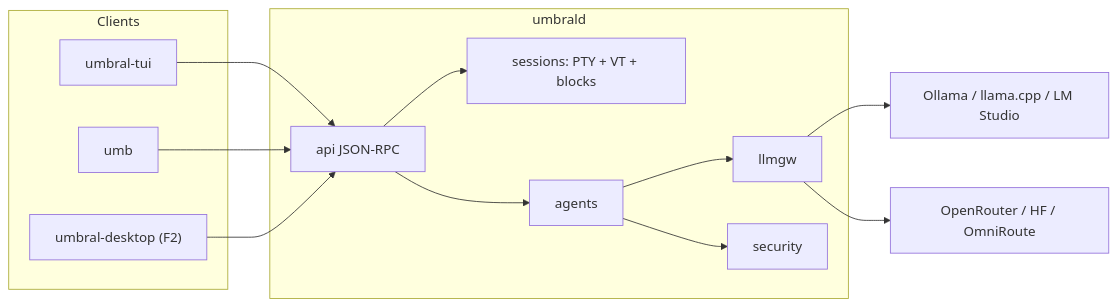
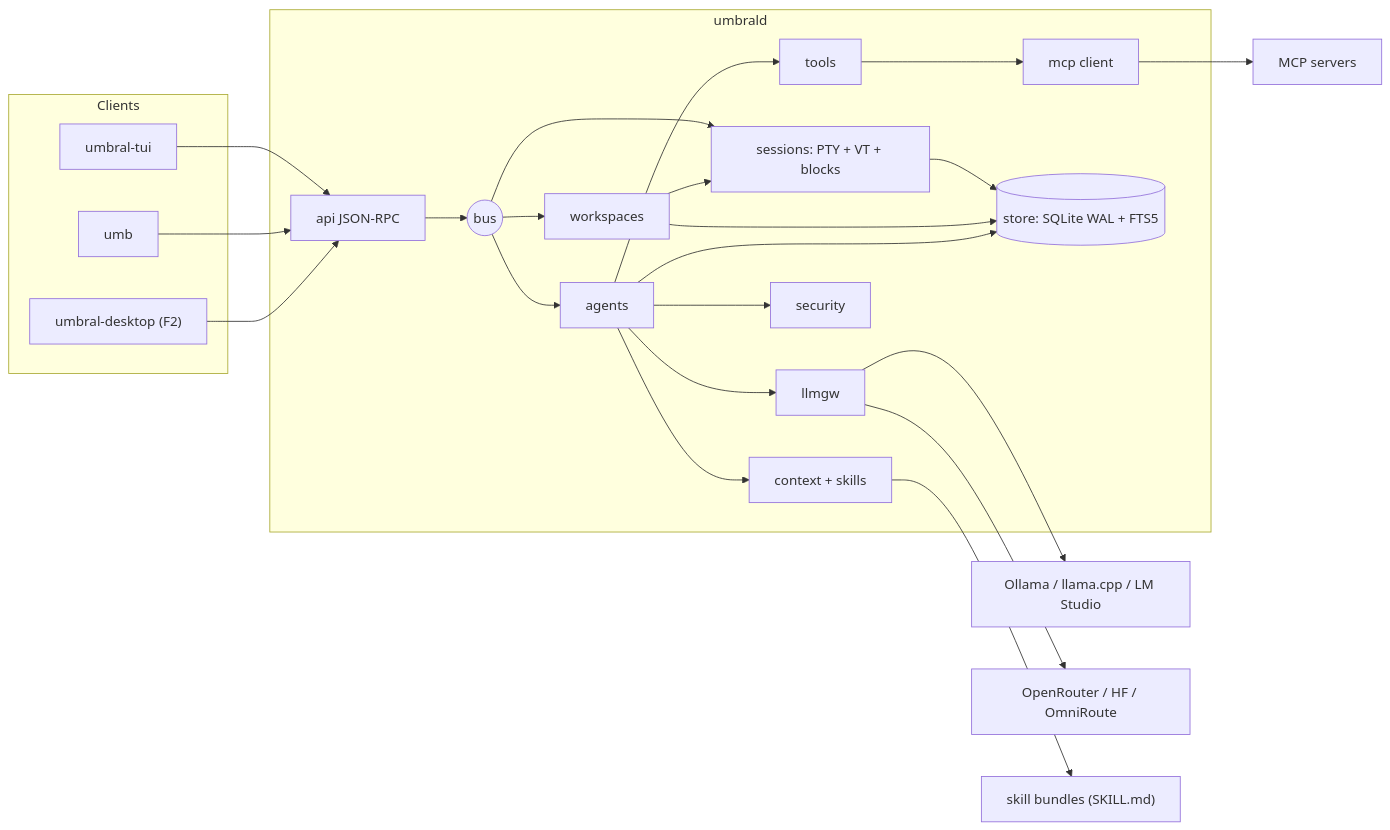
One commit to ecrespo/umbral changed the diagram in README.md. Above: the diagram before and after it, drawn with Mermaid. The commit also changed other lines of this file and 4 other files, not shown here.

First line of the commit message:
docs: mark F0 closed in the README and redraw the architecture for F1

````diff
--- a/README.md
+++ b/README.md
@@ -62,26 +74,45 @@
 ```mermaid
 flowchart LR
   subgraph Clients
     TUI["umbral-tui"]
     CLI["umb"]
     GUI["umbral-desktop (F2)"]
   end
   subgraph D["umbrald"]
     API["api JSON-RPC"]
+    BUS(("bus"))
+    WSP["workspaces"]
     SES["sessions: PTY + VT + blocks"]
     AGT["agents"]
+    CTX["context + skills"]
+    TOOLS["tools"]
+    MCPC["mcp client"]
     GW["llmgw"]
     SEC["security"]
+    STORE[("store: SQLite WAL + FTS5")]
   end
   LOC["Ollama / llama.cpp / LM Studio"]
   REM["OpenRouter / HF / OmniRoute"]
+  EXT["MCP servers"]
+  SKL["skill bundles (SKILL.md)"]
   TUI --> API
   CLI --> API
   GUI --> API
-  API --> SES
-  API --> AGT
+  API --> BUS
+  BUS --> WSP
+  BUS --> SES
+  BUS --> AGT
+  WSP --> SES
+  AGT --> CTX
+  AGT --> TOOLS
   AGT --> SEC
   AGT --> GW
+  TOOLS --> MCPC
+  MCPC --> EXT
+  CTX --> SKL
   GW --> LOC
   GW --> REM
+  SES --> STORE
+  WSP --> STORE
+  AGT --> STORE
 ```
````
